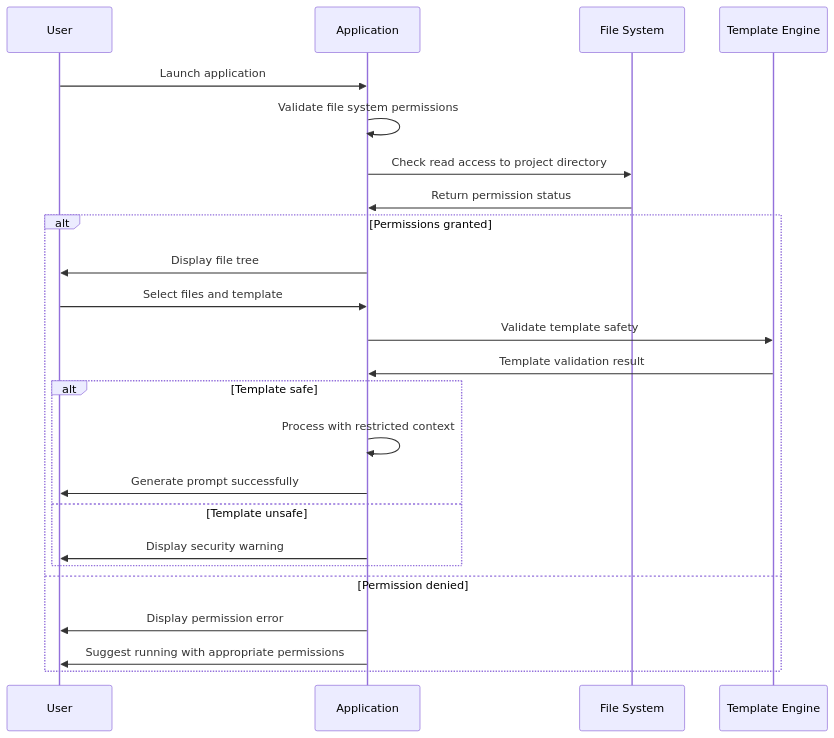
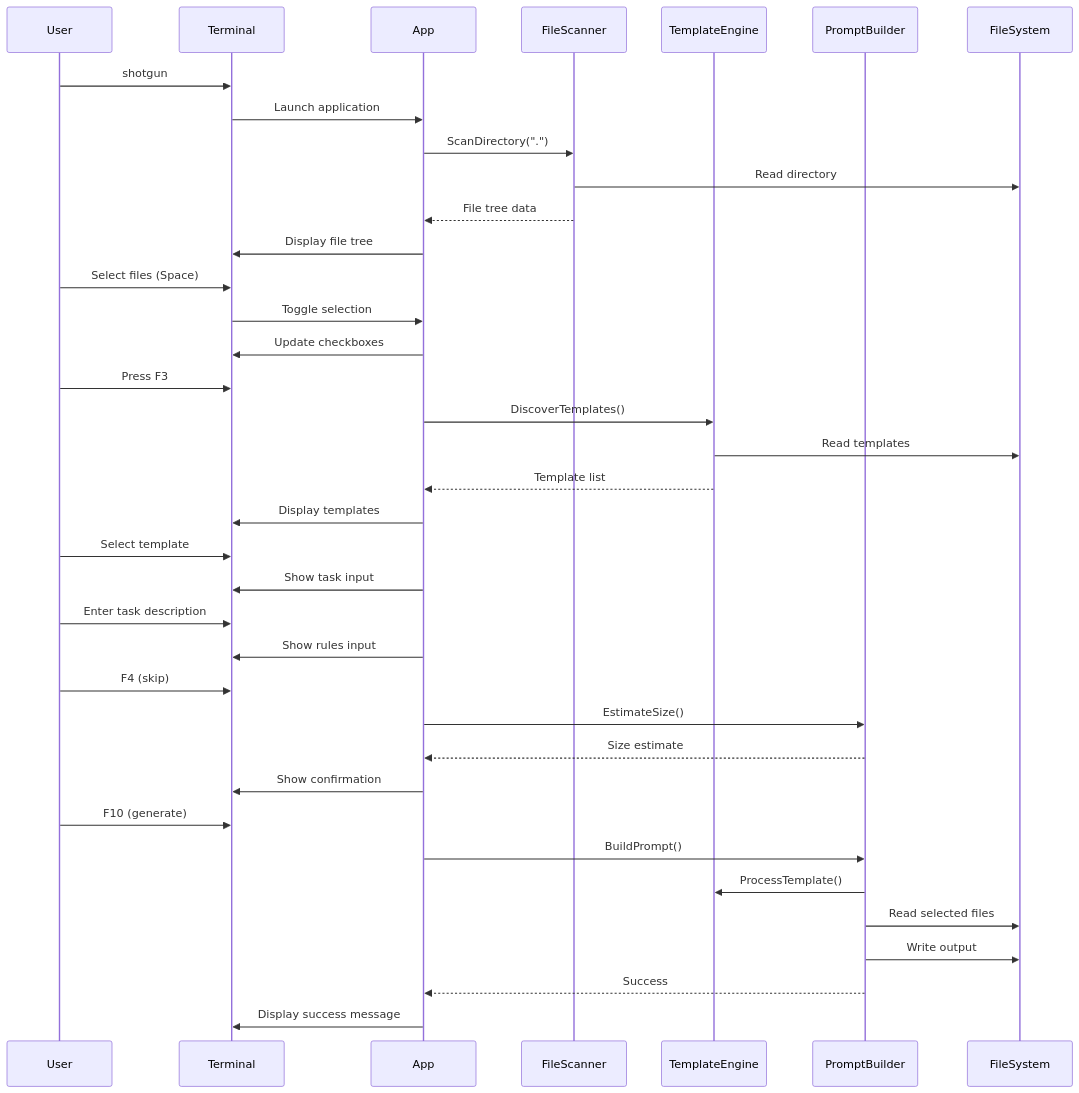
The third of 4 diagrams in docs/architecture.md (quantmind-br/shotgun), drawn with Mermaid before and after one commit. The commit also changed other lines of this file and 67 other files, not shown here.

````diff
--- a/docs/architecture.md
+++ b/docs/architecture.md
@@ -1382,29 +375,45 @@
 ```mermaid
 sequenceDiagram
-    participant U as User
-    participant App as Application
-    participant FS as File System
-    participant T as Template Engine
+    participant User
+    participant Terminal
+    participant App
+    participant FileScanner
+    participant TemplateEngine
+    participant PromptBuilder
+    participant FileSystem
     
-    U->>App: Launch application
-    App->>App: Validate file system permissions
-    App->>FS: Check read access to project directory
-    FS->>App: Return permission status
+    User->>Terminal: shotgun
+    Terminal->>App: Launch application
+    App->>FileScanner: ScanDirectory(".")
+    FileScanner->>FileSystem: Read directory
+    FileScanner-->>App: File tree data
+    App->>Terminal: Display file tree
     
-    alt Permissions granted
-        App->>U: Display file tree
-        U->>App: Select files and template
-        App->>T: Validate template safety
-        T->>App: Template validation result
-        
-        alt Template safe
-            App->>App: Process with restricted context
-            App->>U: Generate prompt successfully
-        else Template unsafe
-            App->>U: Display security warning
-        end
-    else Permission denied
-        App->>U: Display permission error
-        App->>U: Suggest running with appropriate permissions
-    end
+    User->>Terminal: Select files (Space)
+    Terminal->>App: Toggle selection
+    App->>Terminal: Update checkboxes
+    
+    User->>Terminal: Press F3
+    App->>TemplateEngine: DiscoverTemplates()
+    TemplateEngine->>FileSystem: Read templates
+    TemplateEngine-->>App: Template list
+    App->>Terminal: Display templates
+    
+    User->>Terminal: Select template
+    App->>Terminal: Show task input
+    User->>Terminal: Enter task description
+    App->>Terminal: Show rules input
+    User->>Terminal: F4 (skip)
+    
+    App->>PromptBuilder: EstimateSize()
+    PromptBuilder-->>App: Size estimate
+    App->>Terminal: Show confirmation
+    
+    User->>Terminal: F10 (generate)
+    App->>PromptBuilder: BuildPrompt()
+    PromptBuilder->>TemplateEngine: ProcessTemplate()
+    PromptBuilder->>FileSystem: Read selected files
+    PromptBuilder->>FileSystem: Write output
+    PromptBuilder-->>App: Success
+    App->>Terminal: Display success message
 ```
````
